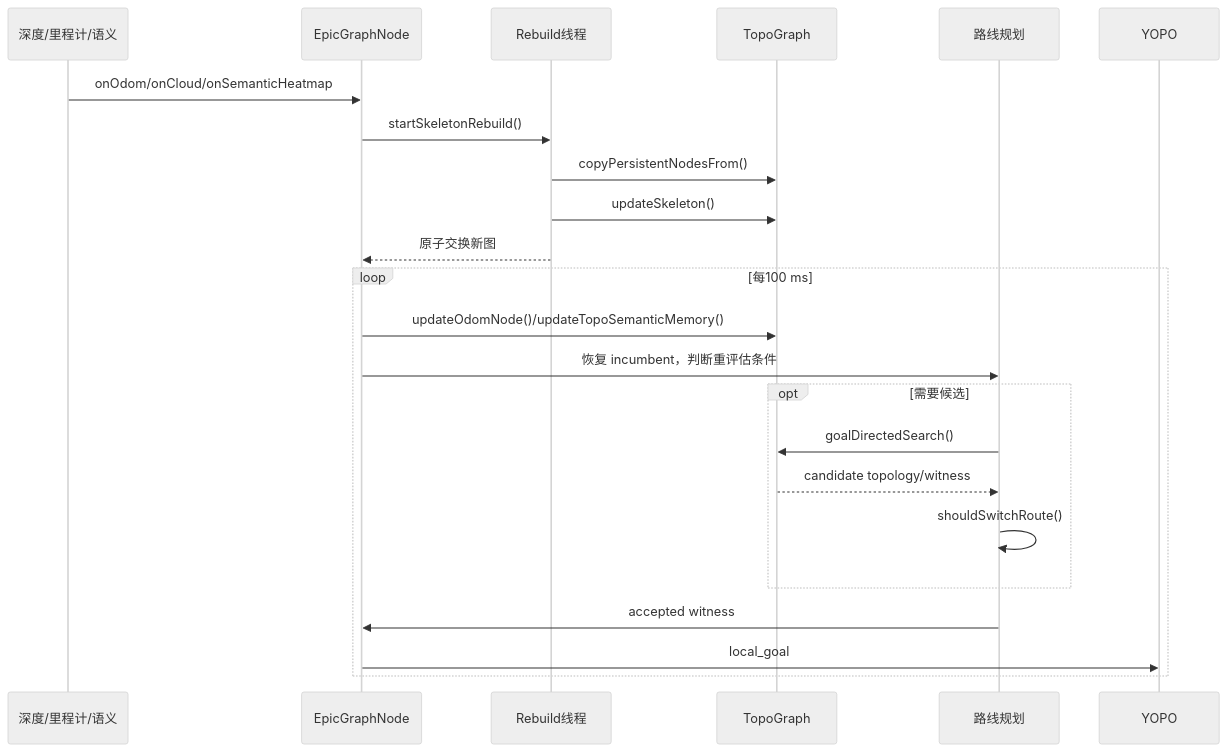
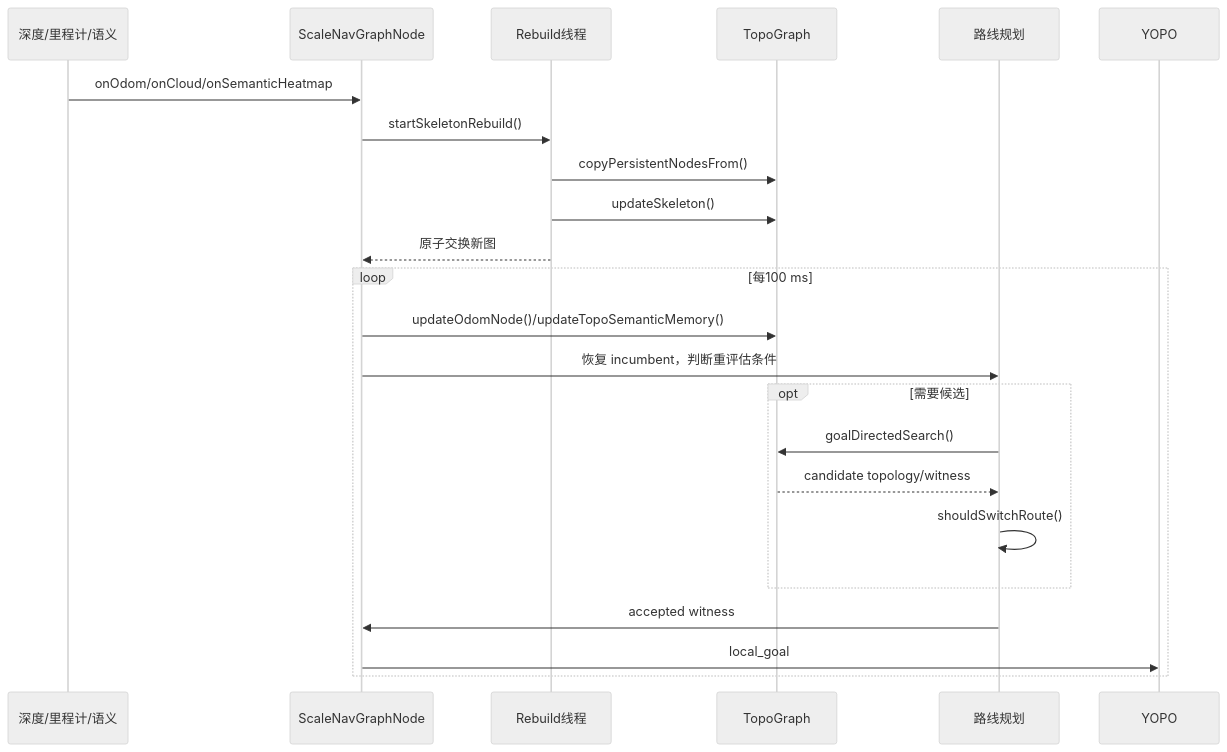
Before and after one commit to puffyq/scaleNav: the third of 10 diagrams in scalenav_ws/docs/ALGORITHM_DESIGN.md, drawn with Mermaid (neutral theme). The commit also changed other lines of this file and 8 other files, not shown here.

````diff
--- a/scalenav_ws/docs/ALGORITHM_DESIGN.md
+++ b/scalenav_ws/docs/ALGORITHM_DESIGN.md
@@ -124,26 +124,26 @@
 ```mermaid
 sequenceDiagram
     participant Sensor as 深度/里程计/语义
-    participant Node as EpicGraphNode
+    participant Node as ScaleNavGraphNode
     participant Rebuild as Rebuild线程
     participant Graph as TopoGraph
     participant Planner as 路线规划
     participant YOPO
 
     Sensor->>Node: onOdom/onCloud/onSemanticHeatmap
     Node->>Rebuild: startSkeletonRebuild()
     Rebuild->>Graph: copyPersistentNodesFrom()
     Rebuild->>Graph: updateSkeleton()
     Rebuild-->>Node: 原子交换新图
     loop 每100 ms
       Node->>Graph: updateOdomNode()/updateTopoSemanticMemory()
       Node->>Planner: 恢复 incumbent，判断重评估条件
       opt 需要候选
         Planner->>Graph: goalDirectedSearch()
         Graph-->>Planner: candidate topology/witness
         Planner->>Planner: shouldSwitchRoute()
       end
       Planner->>Node: accepted witness
       Node->>YOPO: local_goal
     end
 ```
````
